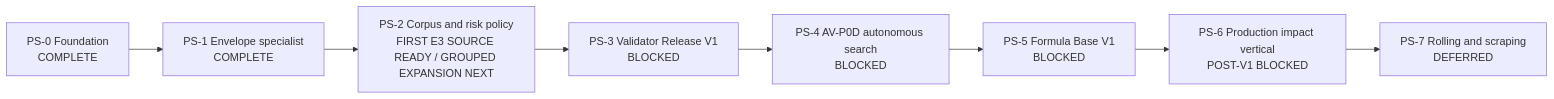
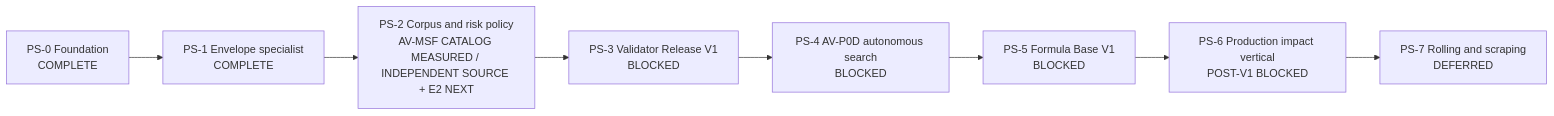
One commit to kaifaty/NextEngine changed the diagram in docs/plans/physical-sound-synthesis-roadmap.md. Above: the diagram before and after it, drawn with Mermaid. The commit also changed other lines of this file and 13 other files, not shown here.

Commit message:
feat(audio): measure AV-MSF E3 corpus coverage

````diff
--- a/docs/plans/physical-sound-synthesis-roadmap.md
+++ b/docs/plans/physical-sound-synthesis-roadmap.md
@@ -94,10 +94,10 @@
 ```mermaid
 flowchart LR
     PS0["PS-0 Foundation<br/>COMPLETE"] --> PS1["PS-1 Envelope specialist<br/>COMPLETE"]
-    PS1 --> PS2["PS-2 Corpus and risk policy<br/>FIRST E3 SOURCE READY / GROUPED EXPANSION NEXT"]
+    PS1 --> PS2["PS-2 Corpus and risk policy<br/>AV-MSF CATALOG MEASURED / INDEPENDENT SOURCE + E2 NEXT"]
     PS2 --> PS3["PS-3 Validator Release V1<br/>BLOCKED"]
     PS3 --> PS4["PS-4 AV-P0D autonomous search<br/>BLOCKED"]
     PS4 --> PS5["PS-5 Formula Base V1<br/>BLOCKED"]
     PS5 --> PS6["PS-6 Production impact vertical<br/>POST-V1 BLOCKED"]
     PS6 --> PS7["PS-7 Rolling and scraping<br/>DEFERRED"]
 ```
````
